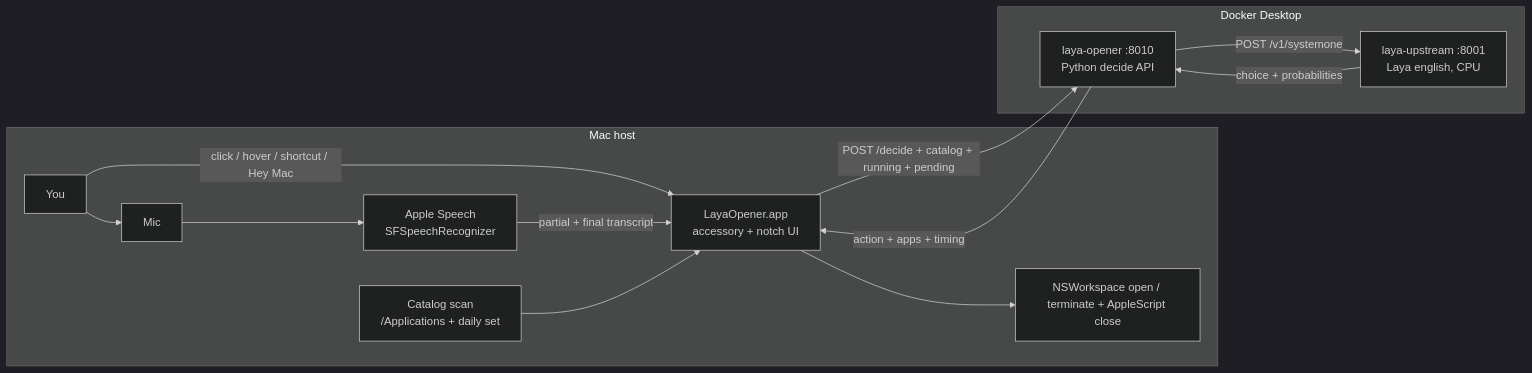
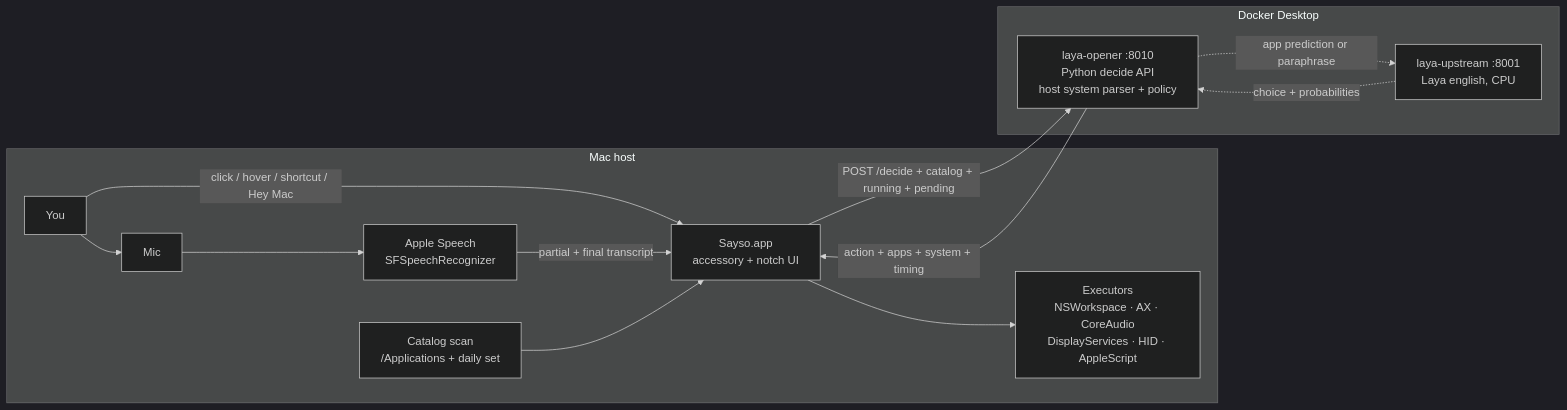
One commit to AshutoshKY/sayso changed the first of 2 diagrams in docs/how-it-works.md. Above: the diagram before and after it, drawn with Mermaid (dark theme). The commit also changed other lines of this file and 16 other files, not shown here.

First line of the commit message:
docs: remove flow.svg and update architecture flows, metrics, and Sayso rebrand

````diff
--- a/docs/how-it-works.md
+++ b/docs/how-it-works.md
@@ -61,27 +79,27 @@
 ```mermaid
 flowchart LR
   subgraph macHost["Mac host"]
     User["You"]
     Mic["Mic"]
-    Notch["LayaOpener.app<br/>accessory + notch UI"]
+    Notch["Sayso.app<br/>accessory + notch UI"]
     Speech["Apple Speech<br/>SFSpeechRecognizer"]
     Scan["Catalog scan<br/>/Applications + daily set"]
-    Launch["NSWorkspace open / terminate + AppleScript close"]
+    Launch["Executors<br/>NSWorkspace · AX · CoreAudio<br/>DisplayServices · HID · AppleScript"]
   end
 
   subgraph docker["Docker Desktop"]
-    Opener["laya-opener :8010<br/>Python decide API"]
+    Opener["laya-opener :8010<br/>Python decide API<br/>host system parser + policy"]
     Laya["laya-upstream :8001<br/>Laya english, CPU"]
   end
 
   User -->|click / hover / shortcut / Hey Mac| Notch
   User --> Mic
   Mic --> Speech
   Speech -->|partial + final transcript| Notch
   Scan --> Notch
   Notch -->|POST /decide + catalog + running + pending| Opener
-  Opener -->|POST /v1/systemone| Laya
-  Laya -->|choice + probabilities| Opener
-  Opener -->|action + apps + timing| Notch
+  Opener -.->|app prediction or paraphrase| Laya
+  Laya -.->|choice + probabilities| Opener
+  Opener -->|action + apps + system + timing| Notch
   Notch --> Launch
 ```
````
